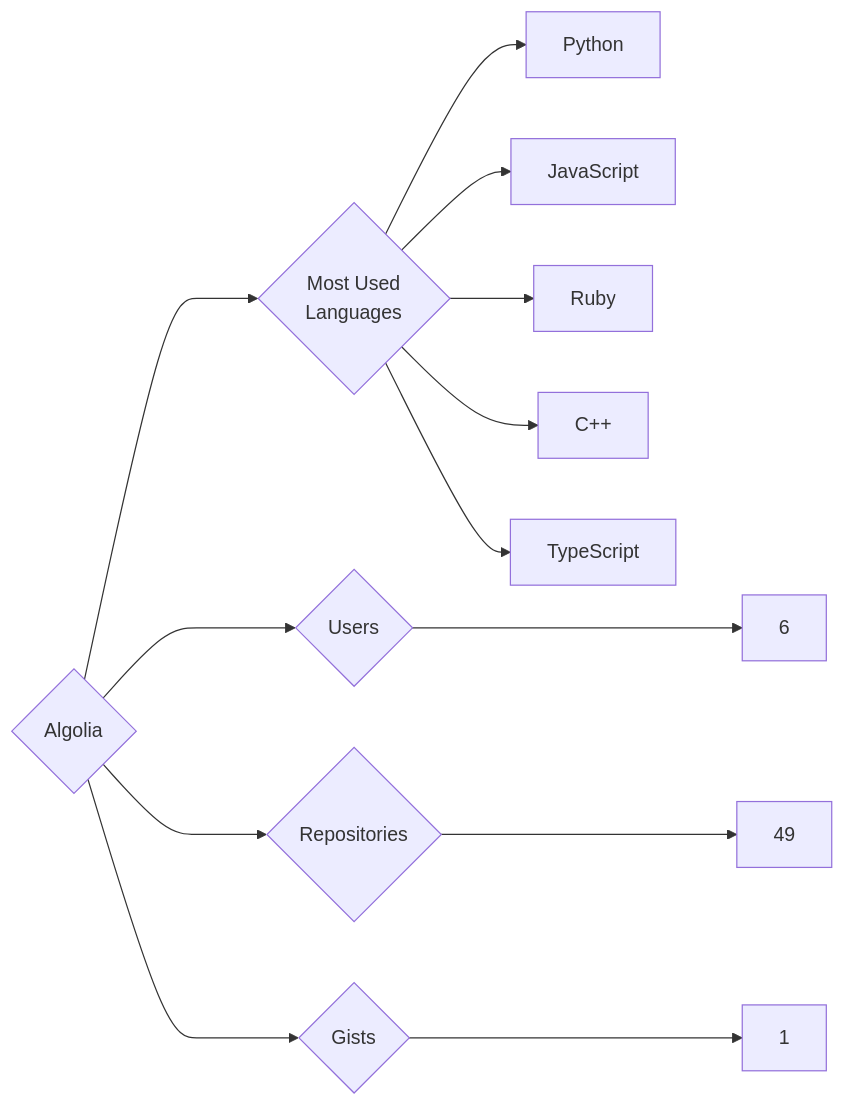
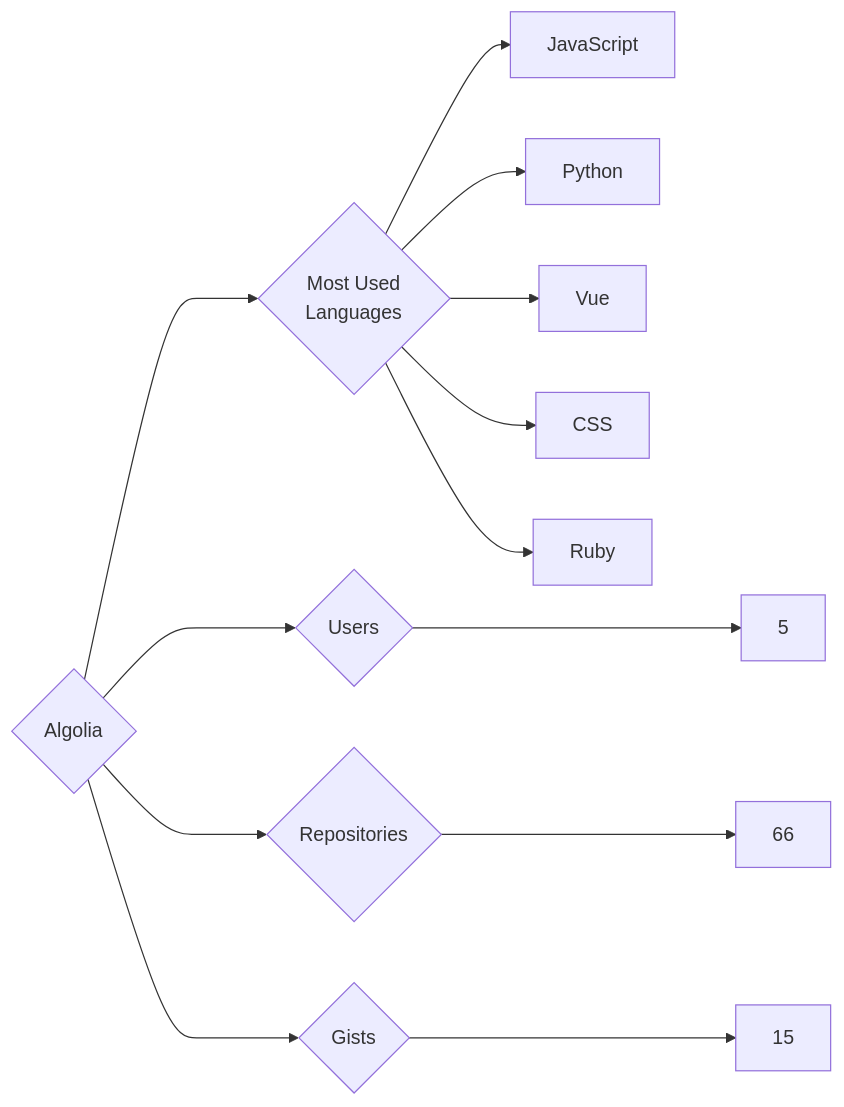
The diagram in targets/Algolia/README.md (trickest/insiders), drawn with Mermaid before and after one commit. The commit also changed 880 other files, not shown here.

````diff
--- a/targets/Algolia/README.md
+++ b/targets/Algolia/README.md
@@ -3,13 +3,13 @@
 ```mermaid
 graph LR
 COMPANY_NAME{Algolia}
-COMPANY_NAME ---> U{Users} ---> UN[6]
-COMPANY_NAME ---> R{Repositories} ---> RN[49]
-COMPANY_NAME ---> G{Gists} ---> GN[1]
+COMPANY_NAME ---> U{Users} ---> UN[5]
+COMPANY_NAME ---> R{Repositories} ---> RN[66]
+COMPANY_NAME ---> G{Gists} ---> GN[15]
 COMPANY_NAME ---> ML{Most Used<br>Languages}
+ML --> JavaScript[JavaScript]
 ML --> Python[Python]
-ML --> JavaScript[JavaScript]
+ML --> Vue[Vue]
+ML --> CSS[CSS]
 ML --> Ruby[Ruby]
-ML --> C++[C++]
-ML --> TypeScript[TypeScript]
 ```
````
